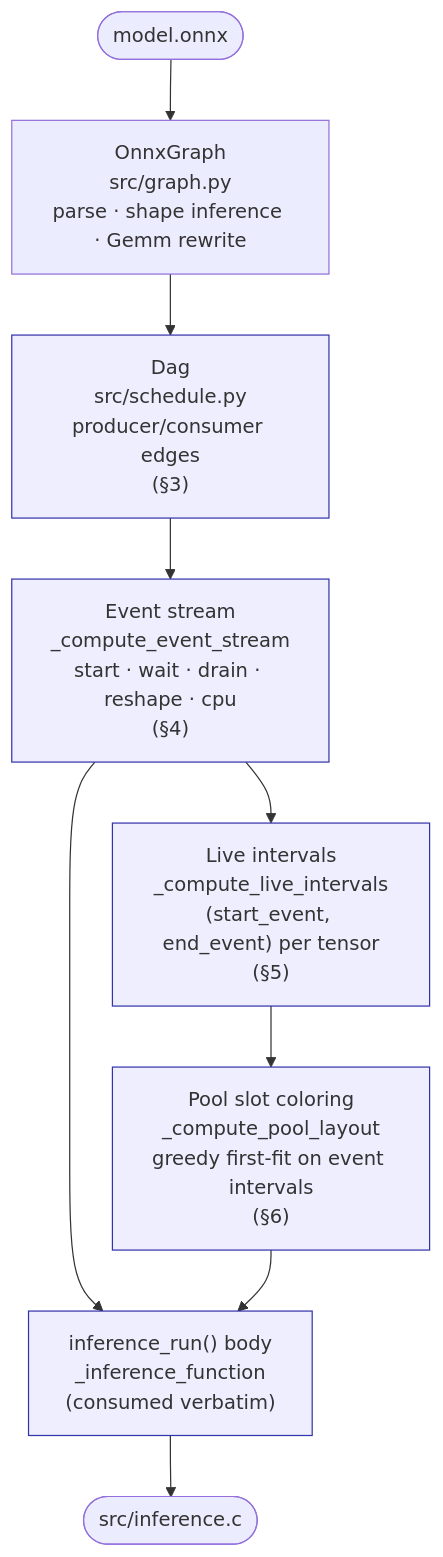
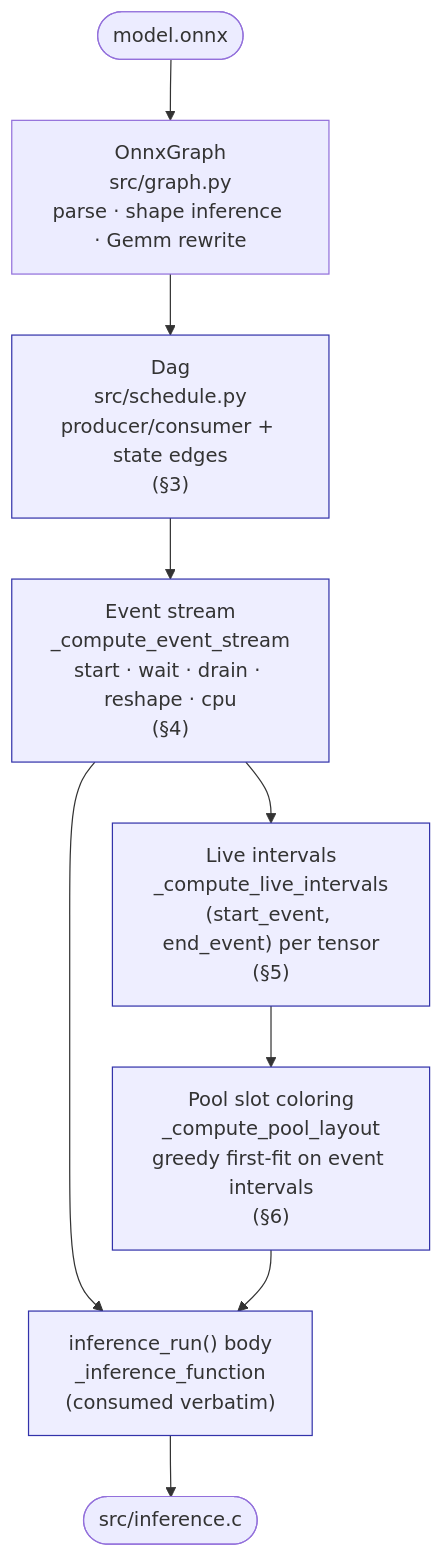
The first of 7 diagrams in inference-scheduler/doc/SCHEDULER_DAG.md (phoenix367/cormorant), drawn with Mermaid before and after one commit. The commit also changed other lines of this file and 31 other files, not shown here.

````diff
--- a/inference-scheduler/doc/SCHEDULER_DAG.md
+++ b/inference-scheduler/doc/SCHEDULER_DAG.md
@@ -25,14 +25,14 @@
 ```mermaid
 flowchart TD
     M([model.onnx]) --> OG["OnnxGraph<br/>src/graph.py<br/>parse · shape inference · Gemm rewrite"]
-    OG --> DAG["Dag<br/>src/schedule.py<br/>producer/consumer edges<br/>(§3)"]
+    OG --> DAG["Dag<br/>src/schedule.py<br/>producer/consumer + state edges<br/>(§3)"]
     DAG --> EVS["Event stream<br/>_compute_event_stream<br/>start · wait · drain · reshape · cpu<br/>(§4)"]
     EVS --> LI["Live intervals<br/>_compute_live_intervals<br/>(start_event, end_event) per tensor<br/>(§5)"]
     EVS --> EM["inference_run() body<br/>_inference_function<br/>(consumed verbatim)"]
     LI --> POOL["Pool slot coloring<br/>_compute_pool_layout<br/>greedy first-fit on event intervals<br/>(§6)"]
     POOL --> EM
     EM --> OUT([src/inference.c])
 
     classDef stage fill:#eef,stroke:#33a
     class DAG,EVS,LI,POOL,EM stage
 ```
````
